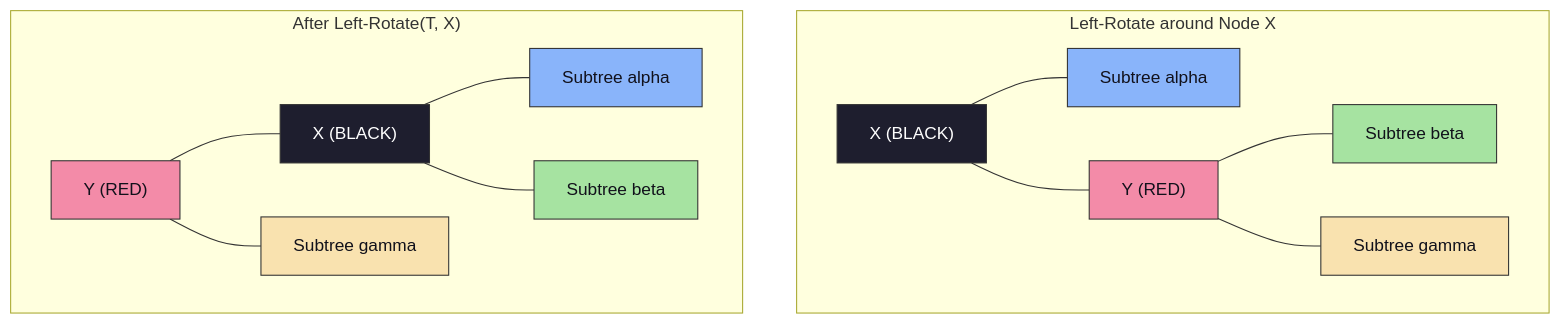
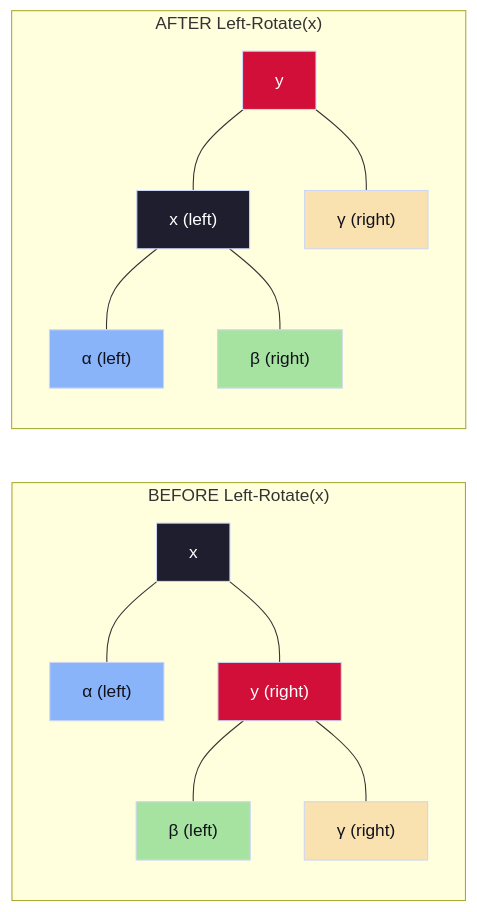
The second of 18 diagrams in notes/design_and_analysis_of_algorithms/Unit_04_Advanced_Data_Structures.md (DeepLumiere/DeepSkills), drawn with Mermaid before and after one commit. The commit also changed other lines of this file, not shown here.

````diff
--- a/notes/design_and_analysis_of_algorithms/Unit_04_Advanced_Data_Structures.md
+++ b/notes/design_and_analysis_of_algorithms/Unit_04_Advanced_Data_Structures.md
@@ -107,59 +80,27 @@
 ```mermaid
-
-flowchart TD
-
-    subgraph "Left-Rotate around Node X"
-
-        direction LR
-
-        X1["X (BLACK)"] --- A1["Subtree alpha"]
-
-        X1 --- Y1["Y (RED)"]
-
-        Y1 --- B1["Subtree beta"]
-
-        Y1 --- C1["Subtree gamma"]
-
-
-
-        style X1 fill:#1e1e2e,stroke:#333,color:#fff
-
-        style Y1 fill:#f38ba8,stroke:#333,color:#11111b
-
-        style A1 fill:#89b4fa,stroke:#333,color:#11111b
-
-        style B1 fill:#a6e3a1,stroke:#333,color:#11111b
-
-        style C1 fill:#f9e2af,stroke:#333,color:#11111b
-
+flowchart LR
+    subgraph "BEFORE Left-Rotate(x)"
+        direction TB
+        X1["x"] --- alpha1["α (left)"]
+        X1 --- Y1["y (right)"]
+        Y1 --- beta1["β (left)"]
+        Y1 --- gamma1["γ (right)"]
+        style X1 fill:#1e1e2e,stroke:#cdd6f4,color:#fff
+        style Y1 fill:#d20f39,stroke:#cdd6f4,color:#fff
+        style alpha1 fill:#89b4fa,stroke:#cdd6f4,color:#11111b
+        style beta1 fill:#a6e3a1,stroke:#cdd6f4,color:#11111b
+        style gamma1 fill:#f9e2af,stroke:#cdd6f4,color:#11111b
     end
-
-
-
-    subgraph "After Left-Rotate(T, X)"
-
-        direction LR
-
-        Y2["Y (RED)"] --- X2["X (BLACK)"]
-
-        Y2 --- C2["Subtree gamma"]
-
-        X2 --- A2["Subtree alpha"]
-
-        X2 --- B2["Subtree beta"]
-
-
-
-        style Y2 fill:#f38ba8,stroke:#333,color:#11111b
-
-        style X2 fill:#1e1e2e,stroke:#333,color:#fff
-
-        style A2 fill:#89b4fa,stroke:#333,color:#11111b
-
-        style B2 fill:#a6e3a1,stroke:#333,color:#11111b
-
-        style C2 fill:#f9e2af,stroke:#333,color:#11111b
-
+    subgraph "AFTER Left-Rotate(x)"
+        direction TB
+        Y2["y"] --- X2["x (left)"]
+        Y2 --- gamma2["γ (right)"]
+        X2 --- alpha2["α (left)"]
+        X2 --- beta2["β (right)"]
+        style Y2 fill:#d20f39,stroke:#cdd6f4,color:#fff
+        style X2 fill:#1e1e2e,stroke:#cdd6f4,color:#fff
+        style alpha2 fill:#89b4fa,stroke:#cdd6f4,color:#11111b
+        style beta2 fill:#a6e3a1,stroke:#cdd6f4,color:#11111b
+        style gamma2 fill:#f9e2af,stroke:#cdd6f4,color:#11111b
     end
-
 ```
````
